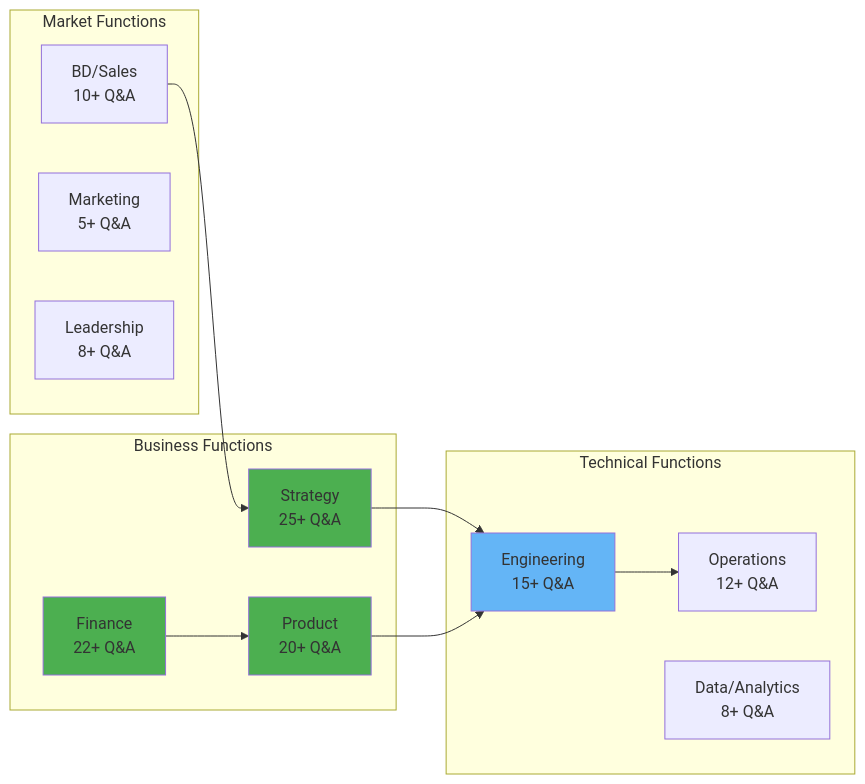
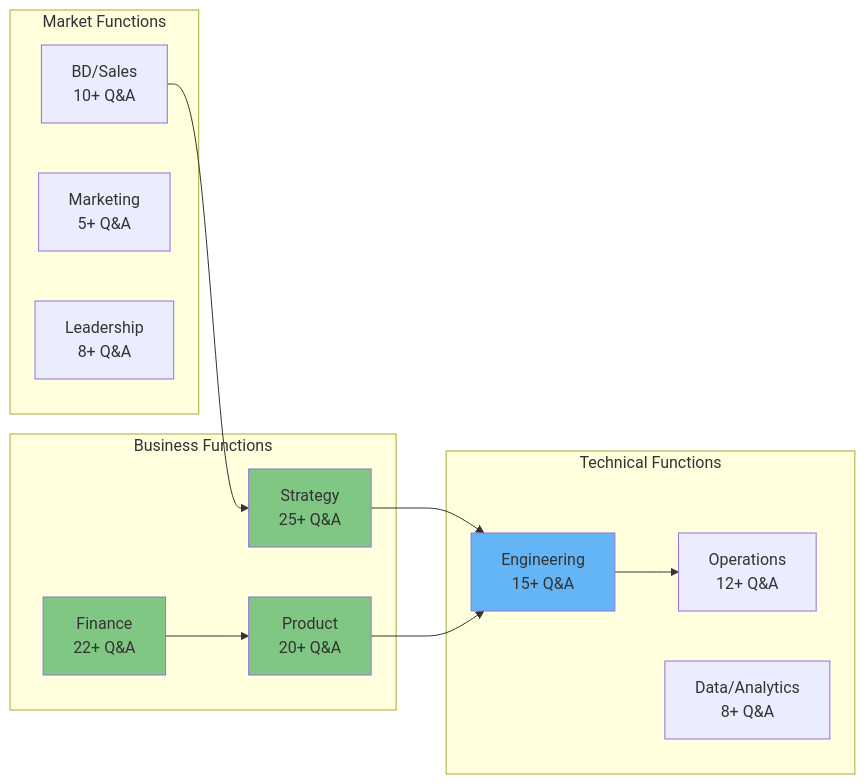
The second of 11 diagrams in Industry/Blockchain/Blockchain/ValueChain/QA_Perplexity.md (ljg-cqu/knowledge), drawn with Mermaid before and after one commit. The commit also changed other lines of this file and 6 other files, not shown here.

````diff
--- a/Industry/Blockchain/Blockchain/ValueChain/QA_Perplexity.md
+++ b/Industry/Blockchain/Blockchain/ValueChain/QA_Perplexity.md
@@ -103,31 +103,31 @@
 ```mermaid
 graph LR
     subgraph "Business Functions"
     S1[Strategy<br/>25+ Q&A]
     S2[Finance<br/>22+ Q&A]
     S3[Product<br/>20+ Q&A]
     end
     
     subgraph "Technical Functions"
     T1[Engineering<br/>15+ Q&A]
     T2[Operations<br/>12+ Q&A]
     T3[Data/Analytics<br/>8+ Q&A]
     end
     
     subgraph "Market Functions"
     M1[BD/Sales<br/>10+ Q&A]
     M2[Marketing<br/>5+ Q&A]
     M3[Leadership<br/>8+ Q&A]
     end
     
     S1 --> T1
     S2 --> S3
     S3 --> T1
     T1 --> T2
     M1 --> S1
     
-    style S1 fill:#4CAF50
-    style S2 fill:#4CAF50
-    style S3 fill:#4CAF50
+    style S1 fill:#81C784
+    style S2 fill:#81C784
+    style S3 fill:#81C784
     style T1 fill:#64B5F6
 ```
````
